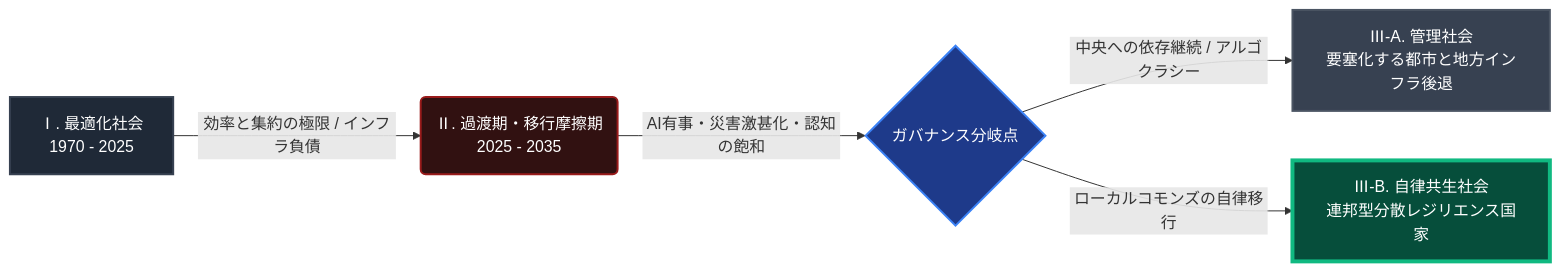
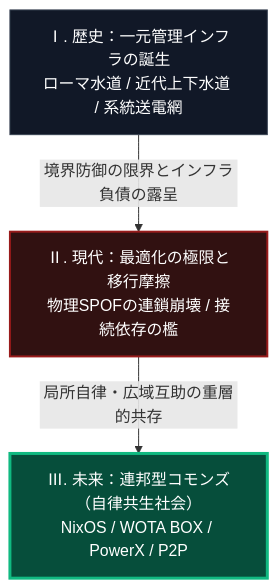
One commit to Takenori-Kusaka/zenn-content changed the first of 2 diagrams in books/sovereign-resilience-blueprint/00_tldr.md. Above: the diagram before and after it, drawn with Mermaid. The commit also changed other lines of this file, not shown here.

First line of the commit message:
feat(books): deploy vertical-scroll compliant diagrams and explanations in Chapter 0

````diff
--- a/books/sovereign-resilience-blueprint/00_tldr.md
+++ b/books/sovereign-resilience-blueprint/00_tldr.md
@@ -17,13 +17,10 @@
 ```mermaid
-flowchart LR
-    A[Ⅰ. 最適化社会<br>1970 - 2025] -->|効率と集約の極限 / インフラ負債| B(Ⅱ. 過渡期・移行摩擦期<br>2025 - 2035)
-    B -->|AI有事・災害激甚化・認知の飽和| C{ガバナンス分岐点}
-    C -->|中央への依存継続 / アルゴクラシー| D[Ⅲ-A. 管理社会<br>要塞化する都市と地方インフラ後退]
-    C -->|ローカルコモンズの自律移行| E[Ⅲ-B. 自律共生社会<br>連邦型分散レジリエンス国家]
+flowchart TD
+    H[Ⅰ. 歴史：一元管理インフラの誕生<br>ローマ水道 / 近代上下水道 / 系統送電網]
+    H -->|境界防御の限界とインフラ負債の露呈| F[Ⅱ. 現代：最適化の極限と移行摩擦<br>物理SPOFの連鎖崩壊 / 接続依存の檻]
+    F -->|局所自律・広域互助の重層的共存| S[Ⅲ. 未来：連邦型コモンズ（自律共生社会）<br>NixOS / WOTA BOX / PowerX / P2P]
 
-    style A fill:#1f2937,stroke:#374151,stroke-width:2px,color:#fff
-    style B fill:#311111,stroke:#991b1b,stroke-width:2px,color:#fff
-    style C fill:#1e3a8a,stroke:#3b82f6,stroke-width:2px,color:#fff
-    style D fill:#374151,stroke:#4b5563,stroke-width:2px,color:#fff
-    style E fill:#064e3b,stroke:#10b981,stroke-width:4px,color:#fff
+    style H fill:#111827,stroke:#374151,stroke-width:1px,color:#fff
+    style F fill:#311111,stroke:#991b1b,stroke-width:2px,color:#fff
+    style S fill:#064e3b,stroke:#10b981,stroke-width:3px,color:#fff
 ```
````
